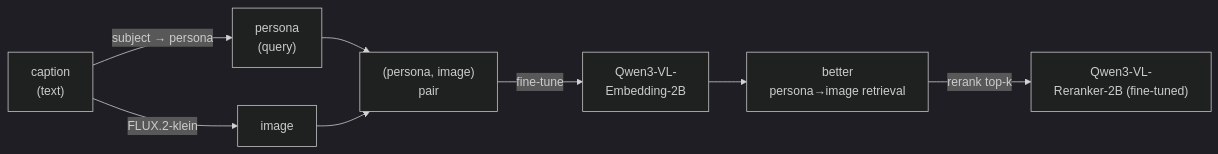
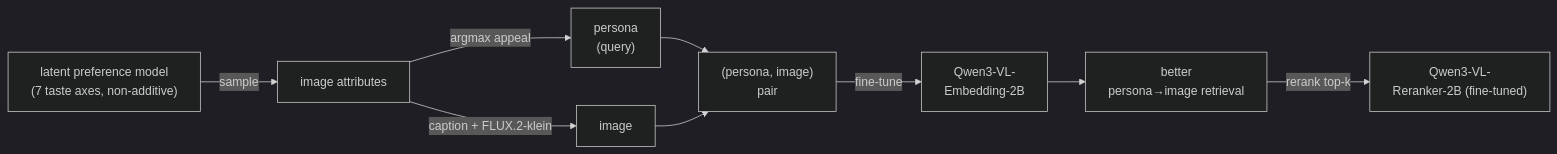
The diagram in README.md (u-masao/qwen3-vl-demo), drawn with Mermaid (dark theme) before and after one commit. The commit also changed other lines of this file and 4 other files, not shown here.

````diff
--- a/README.md
+++ b/README.md
@@ -13,10 +13,11 @@
 ```mermaid
 flowchart LR
-    C["caption<br/>(text)"] -->|FLUX.2-klein| I["image"]
-    C -->|subject → persona| Q["persona<br/>(query)"]
+    PM["latent preference model<br/>(7 taste axes, non-additive)"] -->|sample| A["image attributes"]
+    A -->|caption + FLUX.2-klein| I["image"]
+    A -->|argmax appeal| Q["persona<br/>(query)"]
     Q --> P["(persona, image)<br/>pair"]
     I --> P
     P -->|fine-tune| E["Qwen3-VL-<br/>Embedding-2B"]
     E --> R["better<br/>persona→image retrieval"]
     R -->|rerank top-k| RR["Qwen3-VL-<br/>Reranker-2B (fine-tuned)"]
 ```
````
